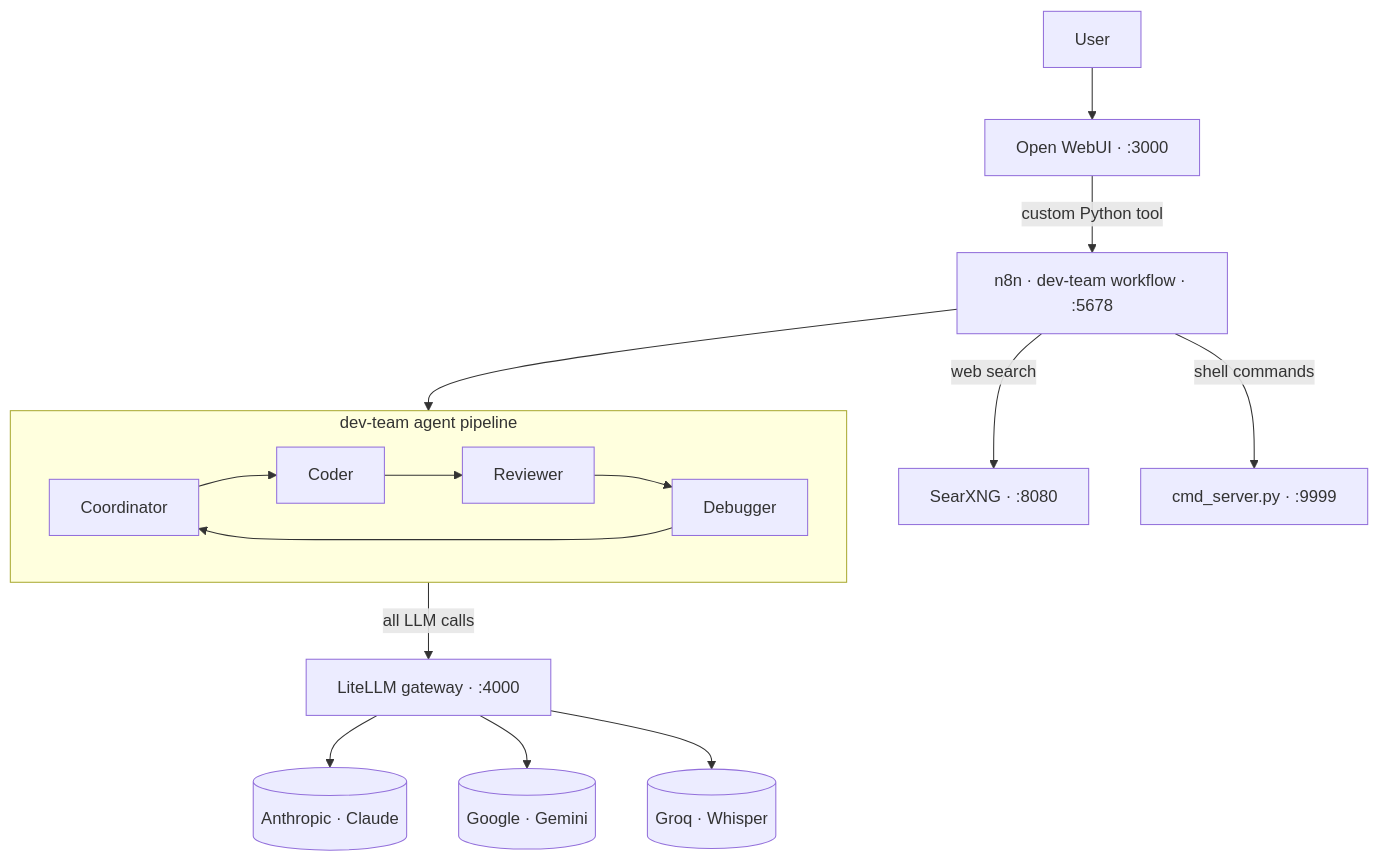
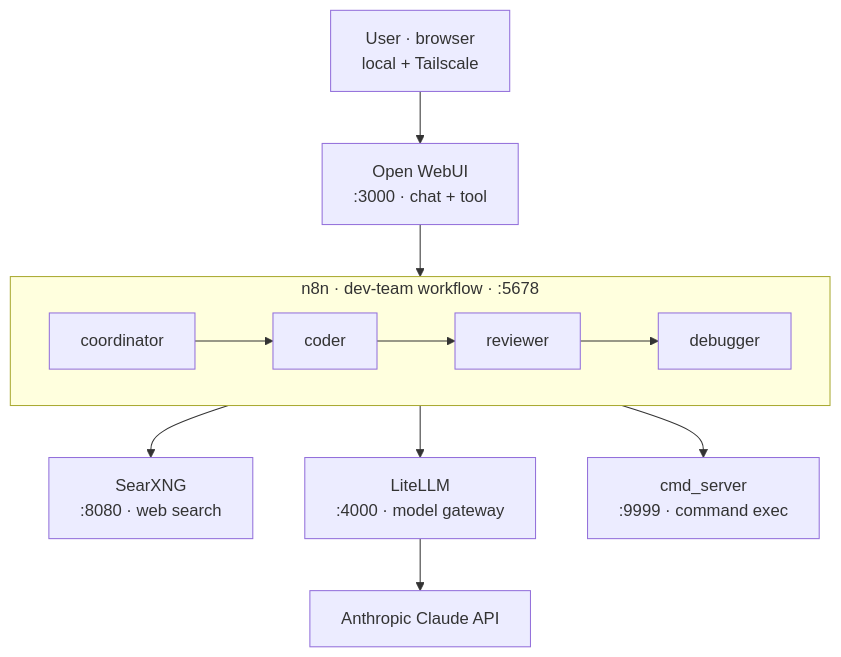
Before and after one commit to lastbrink-pixel/ai-agent-platform: the diagram in README.md, drawn with Mermaid. The commit also changed other lines of this file, not shown here.

Commit message:
docs: polished README with badges and architecture diagram

````diff
--- a/README.md
+++ b/README.md
@@ -37,20 +38,15 @@
 ```mermaid
 flowchart TD
-    U[User] --> OWUI["Open WebUI · :3000"]
-    OWUI -->|custom Python tool| N8N["n8n · dev-team workflow · :5678"]
+    U["User · browser<br/>local + Tailscale"] --> OW["Open WebUI<br/>:3000 · chat + tool"]
+    OW --> N
 
-    subgraph Pipeline[dev-team agent pipeline]
-        C[Coordinator] --> CO[Coder]
-        CO --> R[Reviewer]
-        R --> D[Debugger]
-        D --> C
+    subgraph N["n8n · dev-team workflow · :5678"]
+        direction LR
+        C1[coordinator] --> C2[coder] --> C3[reviewer] --> C4[debugger]
     end
 
-    N8N --> Pipeline
-    Pipeline -->|all LLM calls| LLM["LiteLLM gateway · :4000"]
-    LLM --> ANTH[(Anthropic · Claude)]
-    LLM --> GEM[(Google · Gemini)]
-    LLM --> GRQ[(Groq · Whisper)]
-    N8N -->|web search| SX["SearXNG · :8080"]
-    N8N -->|shell commands| CMD["cmd_server.py · :9999"]
+    N --> SX["SearXNG<br/>:8080 · web search"]
+    N --> LL["LiteLLM<br/>:4000 · model gateway"]
+    N --> CS["cmd_server<br/>:9999 · command exec"]
+    LL --> CLA["Anthropic Claude API"]
 ```
````
